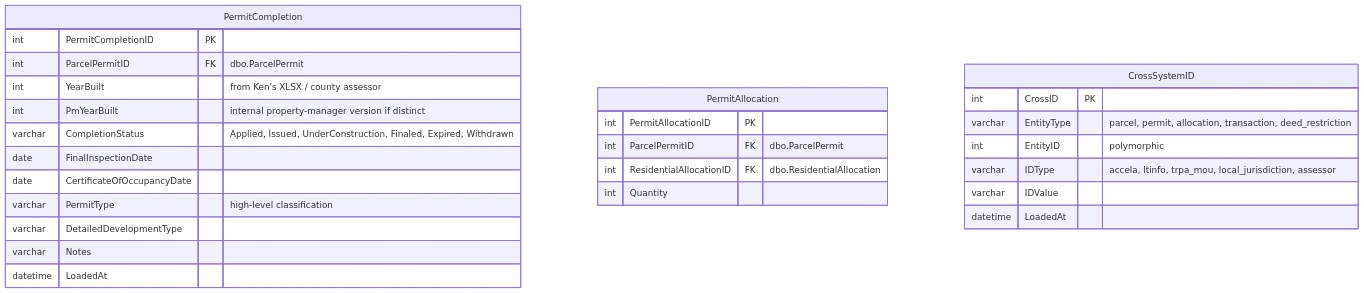
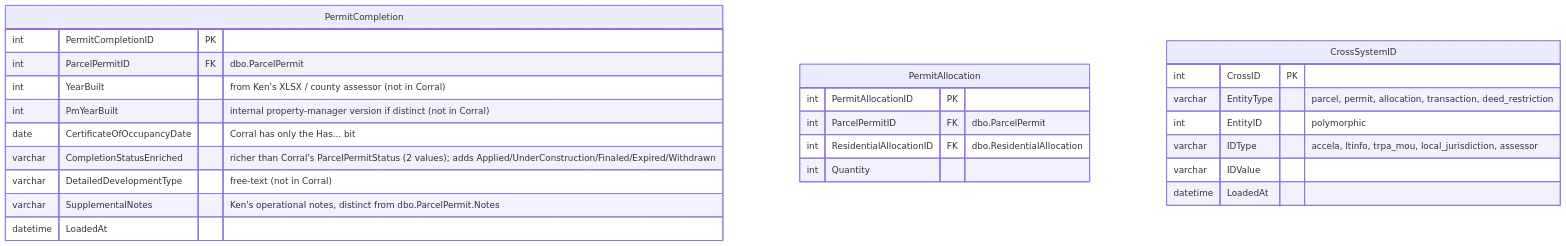
Before and after one commit to trpa-agency/Reporting: the third of 4 diagrams in erd/target_schema.md, drawn with Mermaid. The commit also changed other lines of this file and 1 other file, not shown here.

First line of the commit message:
erd: enforce no-duplicate-Corral principle; drop ParcelBankedRight, make ledger a view

````diff
--- a/erd/target_schema.md
+++ b/erd/target_schema.md
@@ -292,30 +343,28 @@
 ```mermaid
 erDiagram
     PermitCompletion {
         int PermitCompletionID PK
         int ParcelPermitID FK "dbo.ParcelPermit"
-        int YearBuilt "from Ken's XLSX / county assessor"
-        int PmYearBuilt "internal property-manager version if distinct"
-        varchar CompletionStatus "Applied, Issued, UnderConstruction, Finaled, Expired, Withdrawn"
-        date FinalInspectionDate
-        date CertificateOfOccupancyDate
-        varchar PermitType "high-level classification"
-        varchar DetailedDevelopmentType
-        varchar Notes
+        int YearBuilt "from Ken's XLSX / county assessor (not in Corral)"
+        int PmYearBuilt "internal property-manager version if distinct (not in Corral)"
+        date CertificateOfOccupancyDate "Corral has only the Has... bit"
+        varchar CompletionStatusEnriched "richer than Corral's ParcelPermitStatus (2 values); adds Applied/UnderConstruction/Finaled/Expired/Withdrawn"
+        varchar DetailedDevelopmentType "free-text (not in Corral)"
+        varchar SupplementalNotes "Ken's operational notes, distinct from dbo.ParcelPermit.Notes"
         datetime LoadedAt
     }
     PermitAllocation {
         int PermitAllocationID PK
         int ParcelPermitID FK "dbo.ParcelPermit"
         int ResidentialAllocationID FK "dbo.ResidentialAllocation"
         int Quantity
     }
     CrossSystemID {
         int CrossID PK
         varchar EntityType "parcel, permit, allocation, transaction, deed_restriction"
         int EntityID "polymorphic"
         varchar IDType "accela, ltinfo, trpa_mou, local_jurisdiction, assessor"
         varchar IDValue
         datetime LoadedAt
     }
 ```
````
